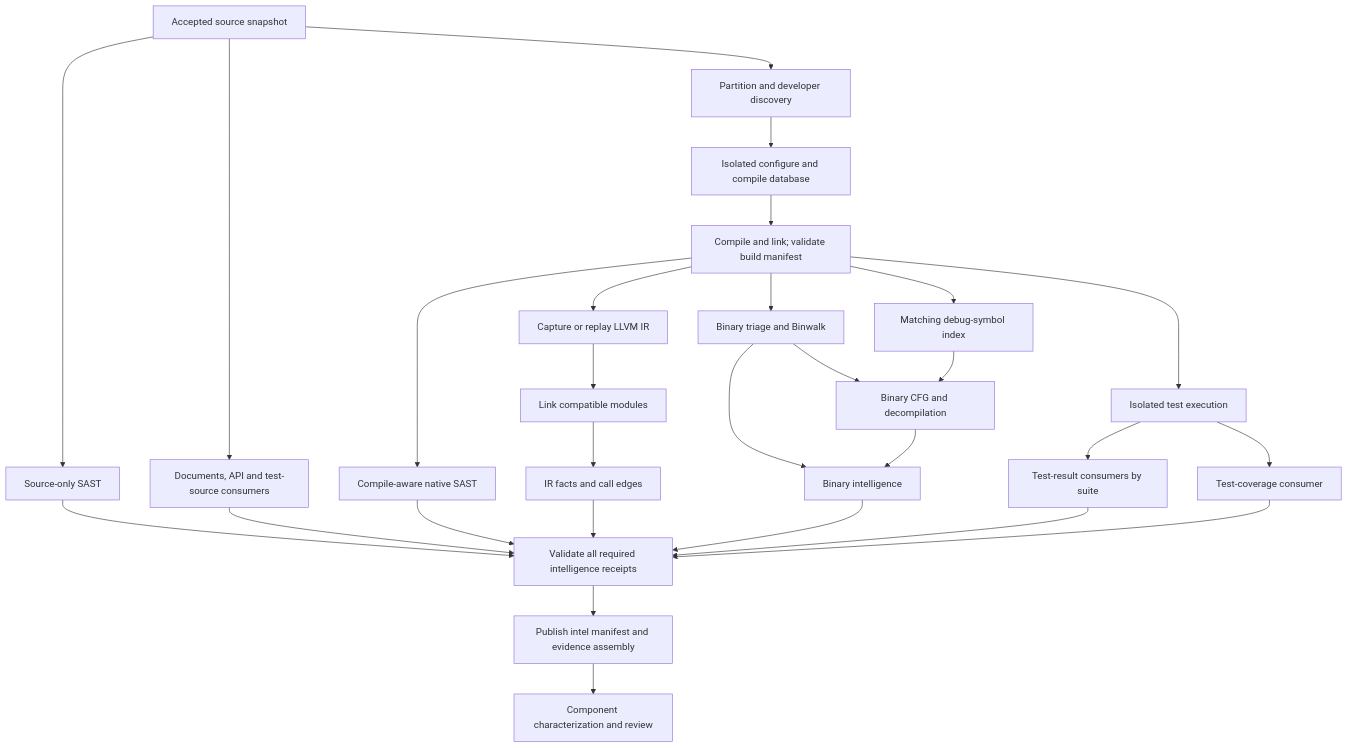
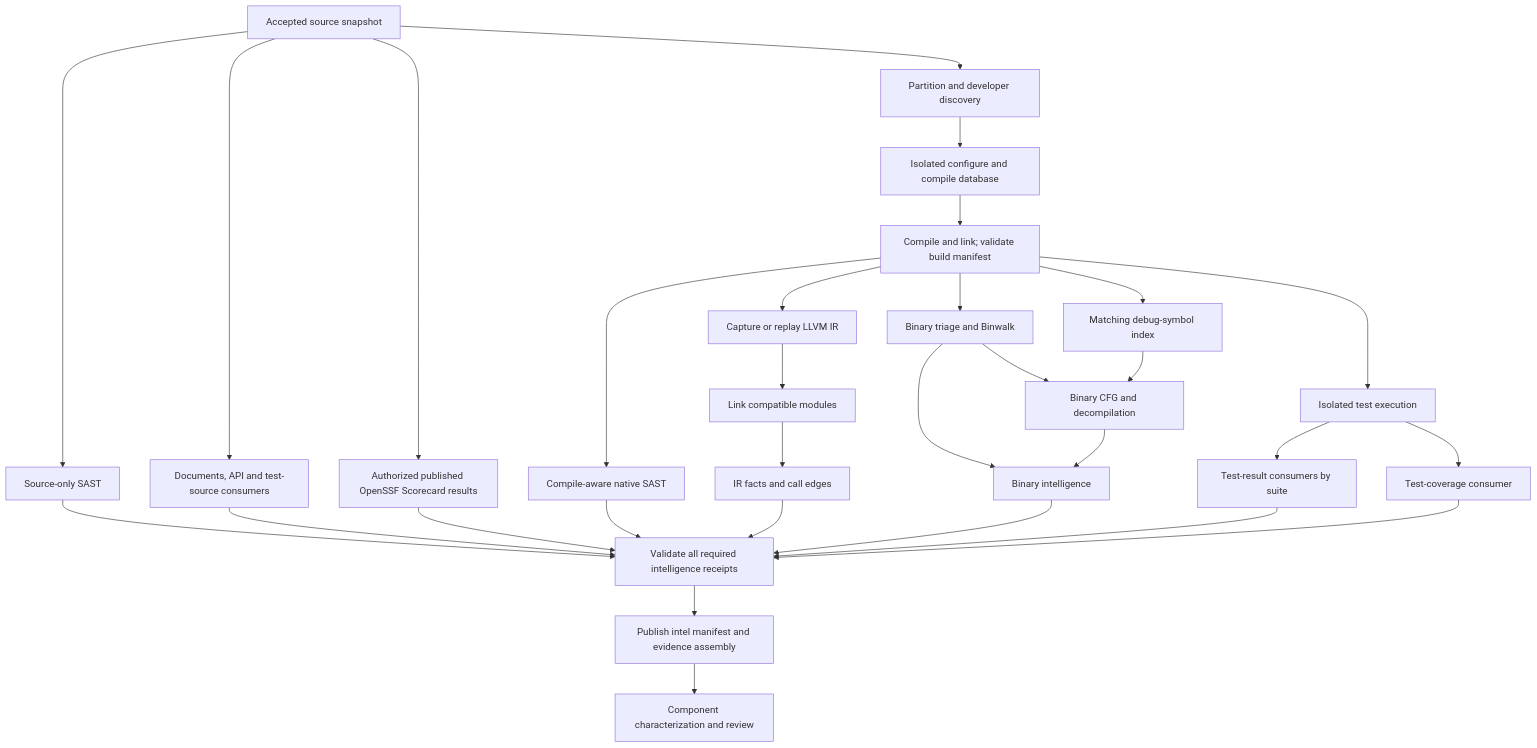
One commit to wsollers/appsec-review changed the diagram in docs/parallel-intelligence.md. Above: the diagram before and after it, drawn with Mermaid. The commit also changed other lines of this file and 75 other files, not shown here.

````diff
--- a/docs/parallel-intelligence.md
+++ b/docs/parallel-intelligence.md
@@ -26,30 +28,32 @@
 ```mermaid
 flowchart TD
     I[Accepted source snapshot] --> S[Source-only SAST]
     I --> D[Documents, API and test-source consumers]
+    I --> O[Authorized published OpenSSF Scorecard results]
     I --> P[Partition and developer discovery]
     P --> C[Isolated configure and compile database]
     C --> B[Compile and link; validate build manifest]
     B --> N[Compile-aware native SAST]
     B --> R[Capture or replay LLVM IR]
     R --> L[Link compatible modules]
     L --> F[IR facts and call edges]
     B --> T[Binary triage and Binwalk]
     B --> Y[Matching debug-symbol index]
     T --> G[Binary CFG and decompilation]
     Y --> G
     B --> E[Isolated test execution]
     E --> U[Test-result consumers by suite]
     E --> V[Test-coverage consumer]
     T --> X[Binary intelligence]
     G --> X
     S --> J[Validate all required intelligence receipts]
     D --> J
+    O --> J
     N --> J
     F --> J
     X --> J
     U --> J
     V --> J
     J --> A[Publish intel manifest and evidence assembly]
     A --> K[Component characterization and review]
 ```
````
